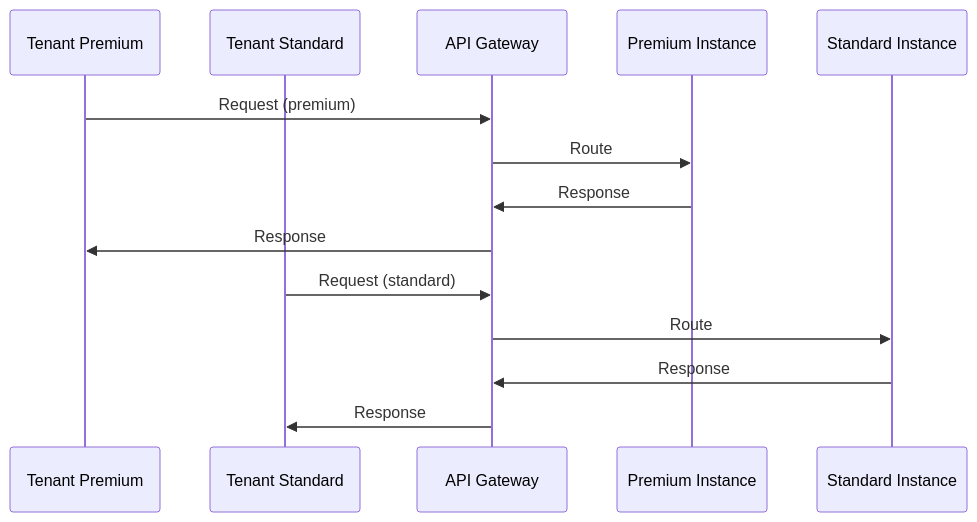
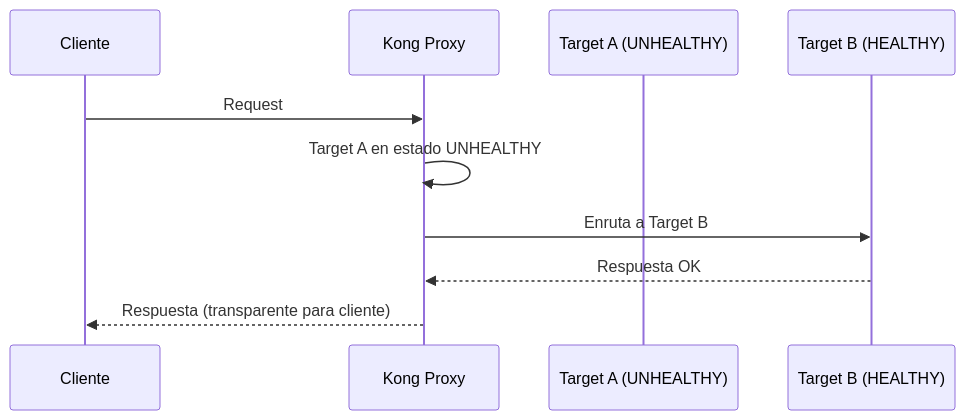
One commit to jclemente-tlm/tlm-doc-architecture changed the fourth of 5 diagrams in docs/plataforma-corporativa/plataforma-de-integracion/api-gateway/06-vista-tiempo-ejecucion.md. Above: the diagram before and after it, drawn with Mermaid. The commit also changed other lines of this file and 12 other files, not shown here.

````diff
--- a/docs/plataforma-corporativa/plataforma-de-integracion/api-gateway/06-vista-tiempo-ejecucion.md
+++ b/docs/plataforma-corporativa/plataforma-de-integracion/api-gateway/06-vista-tiempo-ejecucion.md
@@ -114,16 +80,13 @@
 ```mermaid
 sequenceDiagram
-    participant ClientA as Tenant Premium
-    participant ClientB as Tenant Standard
-    participant Gateway as API Gateway
-    participant PremiumService as Premium Instance
-    participant StandardService as Standard Instance
-    ClientA->>Gateway: Request (premium)
-    Gateway->>PremiumService: Route
-    PremiumService->>Gateway: Response
-    Gateway->>ClientA: Response
-    ClientB->>Gateway: Request (standard)
-    Gateway->>StandardService: Route
-    StandardService->>Gateway: Response
-    Gateway->>ClientB: Response
+    participant C as Cliente
+    participant K as Kong Proxy
+    participant T1 as Target A (UNHEALTHY)
+    participant T2 as Target B (HEALTHY)
+
+    C->>K: Request
+    K->>K: Target A en estado UNHEALTHY
+    K->>T2: Enruta a Target B
+    T2-->>K: Respuesta OK
+    K-->>C: Respuesta (transparente para cliente)
 ```
````
